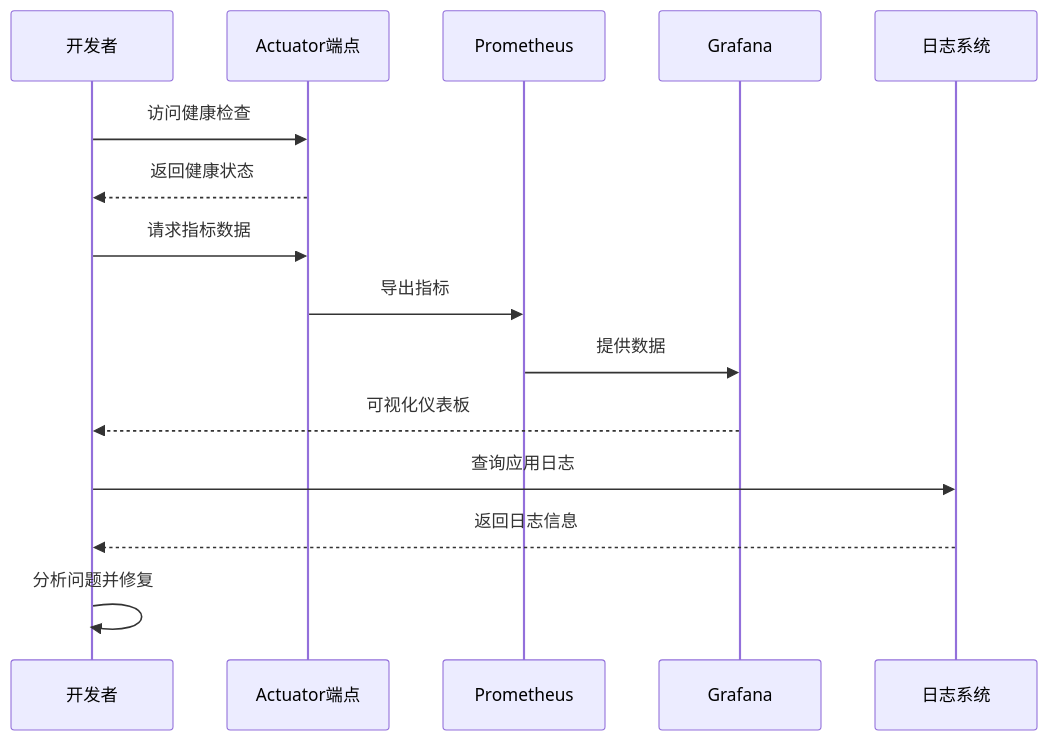
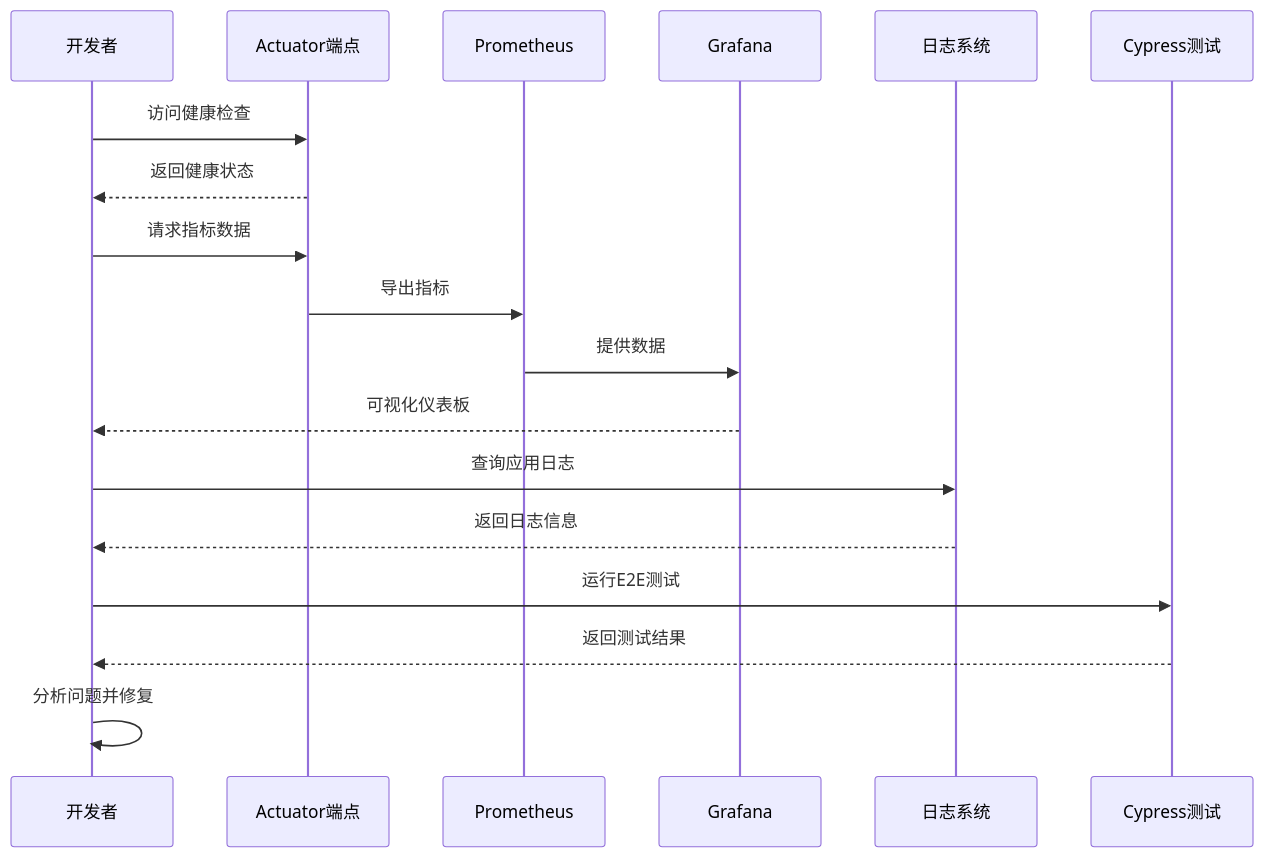
One commit to liuzh2008/med_ai_assistant_workspace changed diagram 19 of 19 in .qoder/repowiki/zh/content/Development Environment Features.md. Above: the diagram before and after it, drawn with Mermaid. The commit also changed other lines of this file and 3 other files, not shown here.

````diff
--- a/.qoder/repowiki/zh/content/Development Environment Features.md
+++ b/.qoder/repowiki/zh/content/Development Environment Features.md
@@ -639,17 +923,20 @@
 ```mermaid
 sequenceDiagram
 participant DEV as 开发者
 participant ACTUATOR as Actuator端点
 participant PROMETHEUS as Prometheus
 participant GRAFANA as Grafana
 participant LOGS as 日志系统
+participant CYPRESS as Cypress测试
 DEV->>ACTUATOR : 访问健康检查
 ACTUATOR-->>DEV : 返回健康状态
 DEV->>ACTUATOR : 请求指标数据
 ACTUATOR->>PROMETHEUS : 导出指标
 PROMETHEUS->>GRAFANA : 提供数据
 GRAFANA-->>DEV : 可视化仪表板
 DEV->>LOGS : 查询应用日志
 LOGS-->>DEV : 返回日志信息
+DEV->>CYPRESS : 运行E2E测试
+CYPRESS-->>DEV : 返回测试结果
 DEV->>DEV : 分析问题并修复
 ```
````
